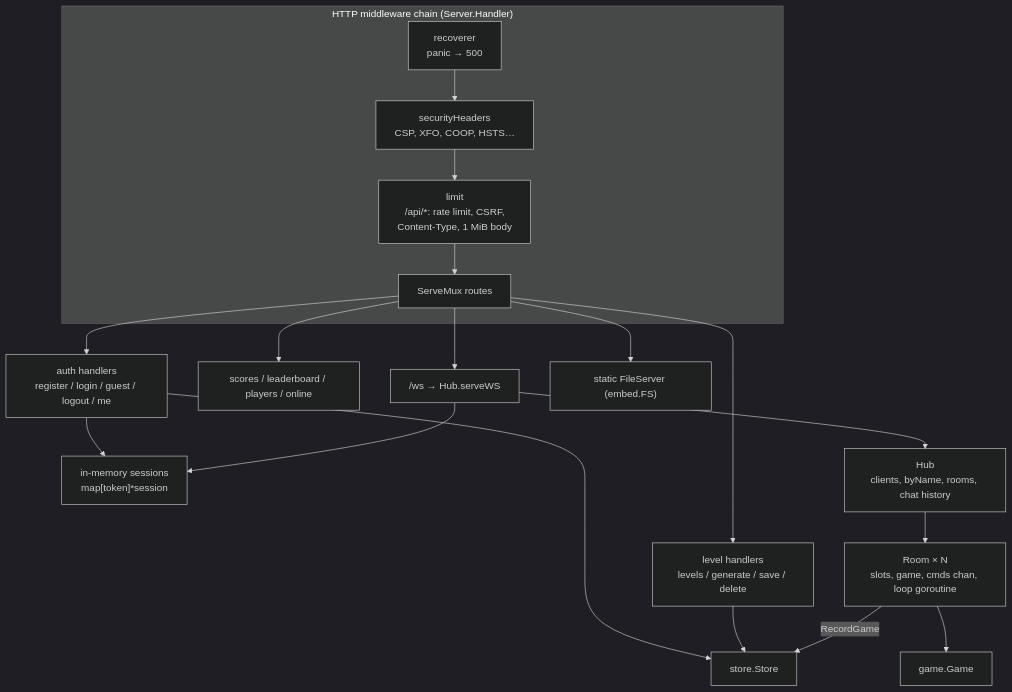
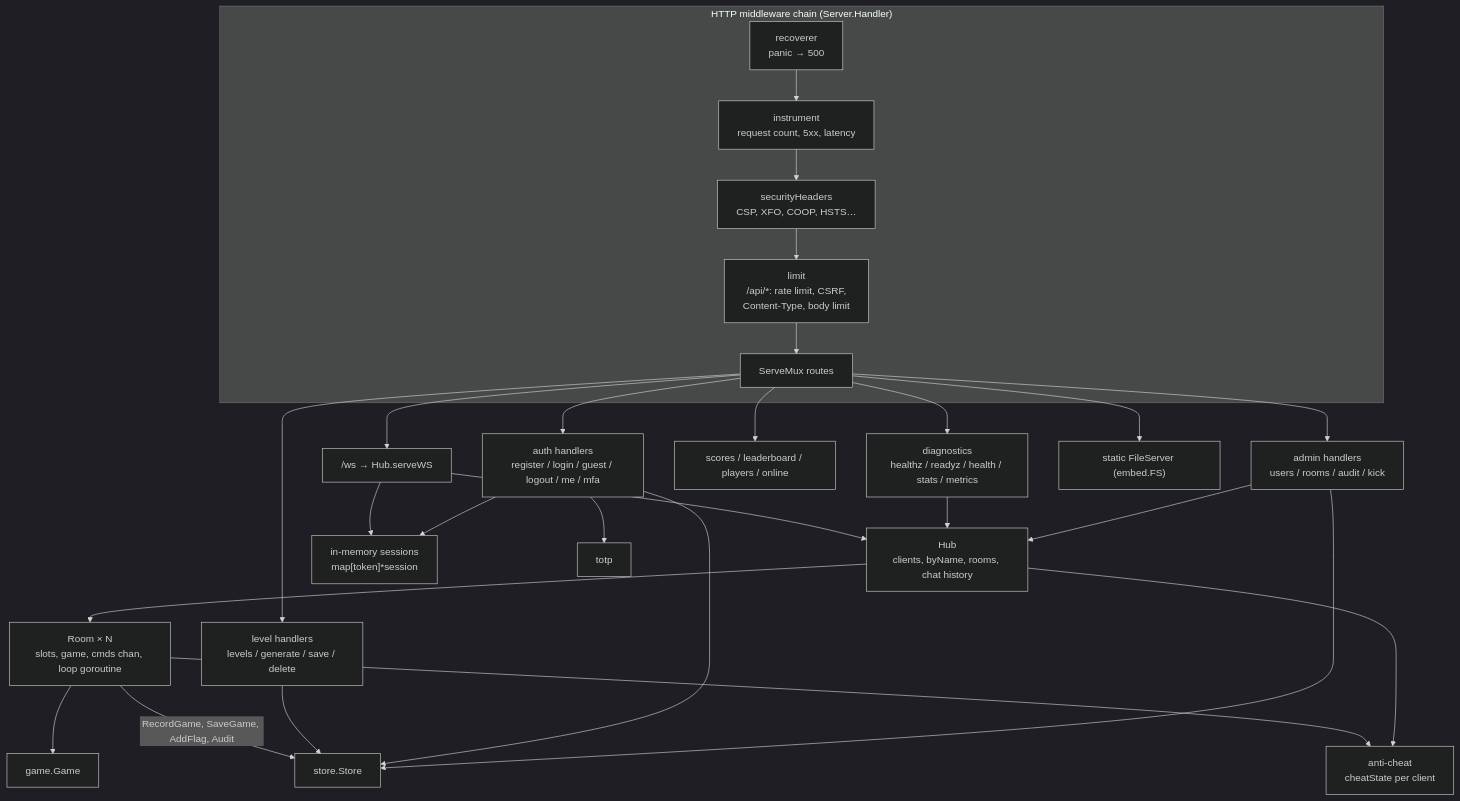
The fourth of 11 diagrams in docs/architecture.md (rom/Lords_of_the_Lowlands), drawn with Mermaid (dark theme) before and after one commit. The commit also changed other lines of this file and 25 other files, not shown here.

First line of the commit message:
Graphics overhaul (materials, props, docks, ships, fish, minimap fog), docs for all new features; fix naval tech attack, Defend flag, editor map-type generate, metrics loopback behind proxy, AI scouts for a shore before building docks

````diff
--- a/docs/architecture.md
+++ b/docs/architecture.md
@@ -131,19 +161,27 @@
 ```mermaid
 flowchart TB
     subgraph mw["HTTP middleware chain (Server.Handler)"]
-        rec["recoverer<br/>panic → 500"] --> sec["securityHeaders<br/>CSP, XFO, COOP, HSTS…"] --> lim["limit<br/>/api/*: rate limit, CSRF,<br/>Content-Type, 1 MiB body"] --> mux["ServeMux routes"]
+        rec["recoverer<br/>panic → 500"] --> ins["instrument<br/>request count, 5xx, latency"] --> sec["securityHeaders<br/>CSP, XFO, COOP, HSTS…"] --> lim["limit<br/>/api/*: rate limit, CSRF,<br/>Content-Type, body limit"] --> mux["ServeMux routes"]
     end
-    mux --> auth["auth handlers<br/>register / login / guest / logout / me"]
+    mux --> auth["auth handlers<br/>register / login / guest / logout / me / mfa"]
+    mux --> adm["admin handlers<br/>users / rooms / audit / kick"]
+    mux --> diag["diagnostics<br/>healthz / readyz / health / stats / metrics"]
+    adm --> st
+    adm --> hub
+    diag --> hub
     mux --> lvl["level handlers<br/>levels / generate / save / delete"]
     mux --> hof["scores / leaderboard / players / online"]
     mux --> wsH["/ws → Hub.serveWS"]
     mux --> fs["static FileServer (embed.FS)"]
     auth --> sess["in-memory sessions<br/>map[token]*session"]
     wsH --> sess
     wsH --> hub["Hub<br/>clients, byName, rooms, chat history"]
     hub --> room["Room × N<br/>slots, game, cmds chan, loop goroutine"]
     room --> g["game.Game"]
+    hub --> ac["anti-cheat<br/>cheatState per client"]
+    room --> ac
     auth --> st["store.Store"]
+    auth --> totpc["totp"]
     lvl --> st
-    room -- "RecordGame" --> st
+    room -- "RecordGame, SaveGame, AddFlag, Audit" --> st
 ```
````
